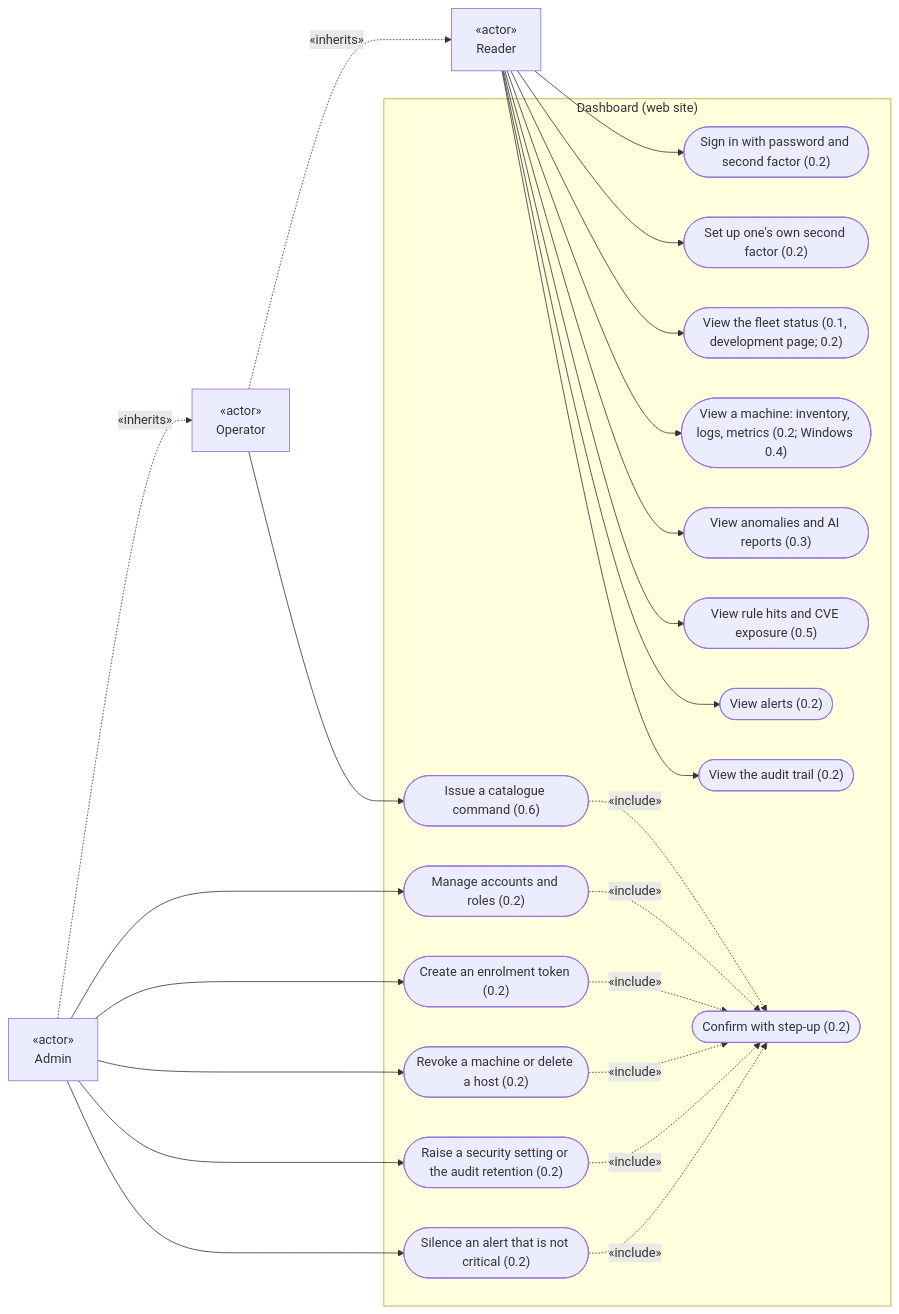
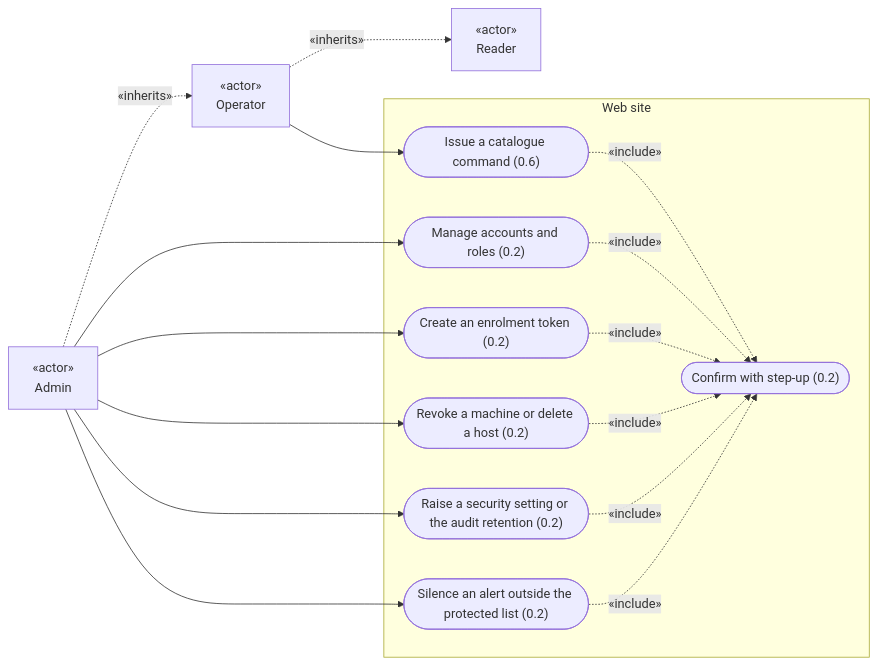
Before and after one commit to micdef/Dashboard: the second of 6 diagrams in doc/analyse/uml/v1/use-cases.md, drawn with Mermaid. The commit also changed other lines of this file, not shown here.

````diff
--- a/doc/analyse/uml/v1/use-cases.md
+++ b/doc/analyse/uml/v1/use-cases.md
@@ -33,49 +67,33 @@
 ```mermaid
 flowchart LR
     Reader["«actor»<br/>Reader"]
     Operator["«actor»<br/>Operator"]
     Admin["«actor»<br/>Admin"]
 
     Operator -. «inherits» .-> Reader
     Admin -. «inherits» .-> Operator
 
-    subgraph Dashboard["Dashboard (web site)"]
-        SignIn(["Sign in with password and second factor (0.2)"])
-        OwnFactor(["Set up one's own second factor (0.2)"])
-        Fleet(["View the fleet status (0.1, development page; 0.2)"])
-        Machine(["View a machine: inventory, logs, metrics (0.2; Windows 0.4)"])
-        AiReport(["View anomalies and AI reports (0.3)"])
-        RulesCve(["View rule hits and CVE exposure (0.5)"])
-        Alerts(["View alerts (0.2)"])
-        Audit(["View the audit trail (0.2)"])
+    subgraph Site ["Web site"]
         Command(["Issue a catalogue command (0.6)"])
         Accounts(["Manage accounts and roles (0.2)"])
         Token(["Create an enrolment token (0.2)"])
         Revoke(["Revoke a machine or delete a host (0.2)"])
         Settings(["Raise a security setting or the audit retention (0.2)"])
-        Silence(["Silence an alert that is not critical (0.2)"])
+        Silence(["Silence an alert outside the protected list (0.2)"])
         StepUp(["Confirm with step-up (0.2)"])
     end
 
-    Reader --> SignIn
-    Reader --> OwnFactor
-    Reader --> Fleet
-    Reader --> Machine
-    Reader --> AiReport
-    Reader --> RulesCve
-    Reader --> Alerts
-    Reader --> Audit
     Operator --> Command
     Admin --> Accounts
     Admin --> Token
     Admin --> Revoke
     Admin --> Settings
     Admin --> Silence
 
     Command -. «include» .-> StepUp
     Accounts -. «include» .-> StepUp
     Token -. «include» .-> StepUp
     Revoke -. «include» .-> StepUp
     Settings -. «include» .-> StepUp
     Silence -. «include» .-> StepUp
 ```
````
